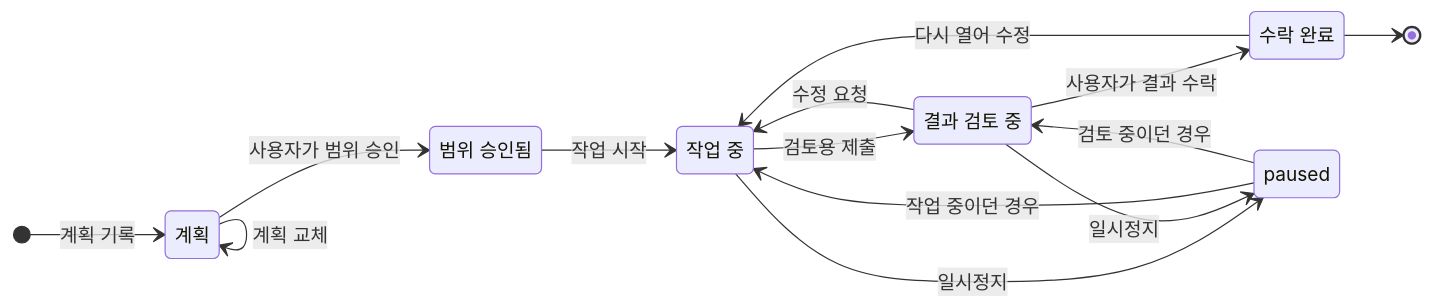
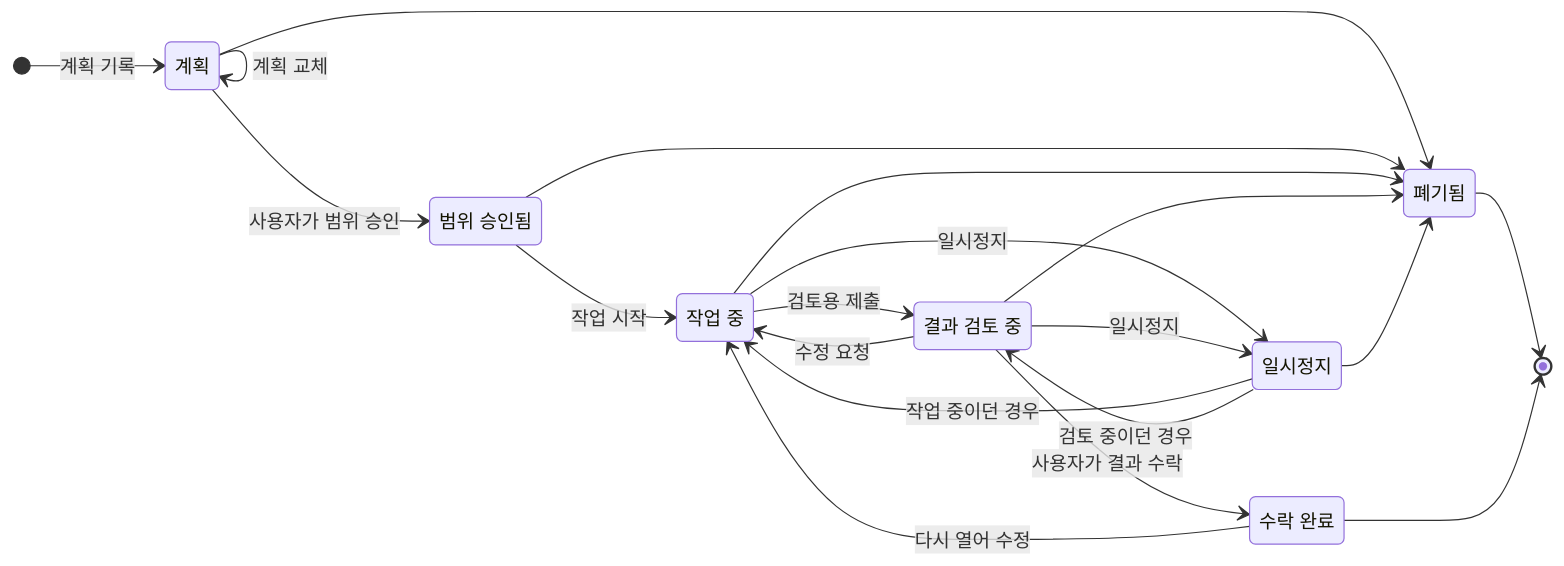
Before and after one commit to kyungseo/colvia: the sixth of 14 diagrams in manual/ko/architecture.md, drawn with Mermaid. The commit also changed other lines of this file and 74 other files, not shown here.

````diff
--- a/manual/ko/architecture.md
+++ b/manual/ko/architecture.md
@@ -266,23 +266,32 @@
 ```mermaid
 stateDiagram-v2
     direction LR
     state "계획" as planned
     state "범위 승인됨" as approved
     state "작업 중" as active
     state "결과 검토 중" as review
     state "수락 완료" as completed
 
     [*] --> planned: 계획 기록
     planned --> planned: 계획 교체
     planned --> approved: 사용자가 범위 승인
     approved --> active: 작업 시작
     active --> review: 검토용 제출
     review --> completed: 사용자가 결과 수락
     review --> active: 수정 요청
     completed --> active: 다시 열어 수정
     active --> paused: 일시정지
     review --> paused: 일시정지
     paused --> active: 작업 중이던 경우
     paused --> review: 검토 중이던 경우
+    %% 미완료 작업을 폐기하거나 대체하면 기존 Work는 폐기 상태가 된다.
+    planned --> discarded
+    approved --> discarded
+    active --> discarded
+    review --> discarded
+    paused --> discarded
+    discarded --> [*]
+    state "폐기됨" as discarded
+    state "일시정지" as paused
     completed --> [*]
 ```
````
